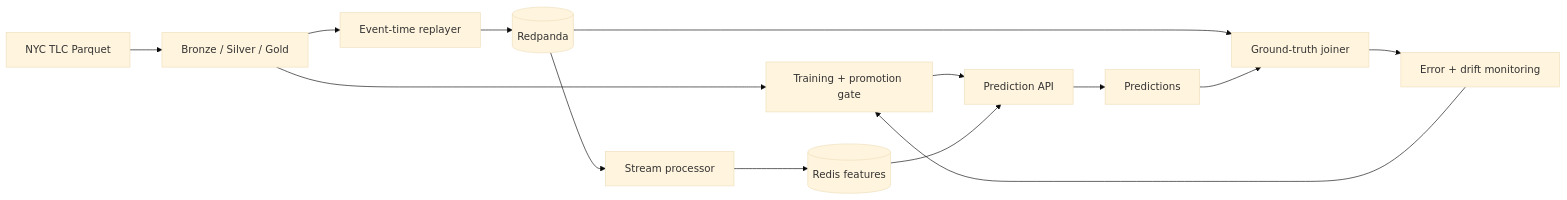
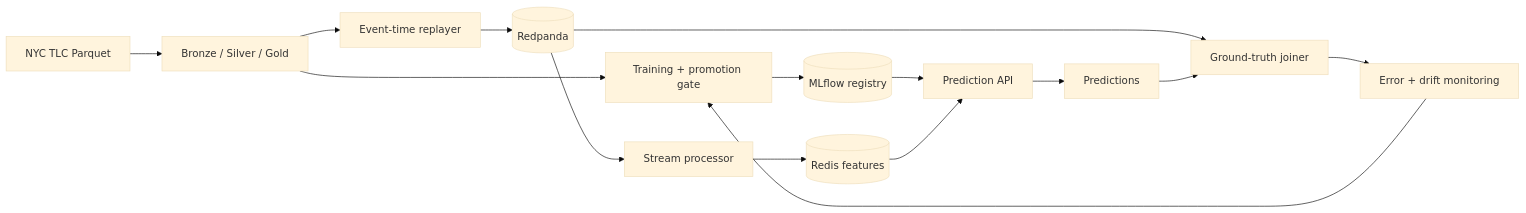
One commit to FlashPD/realtime-ml-platform changed the diagram in README.md. Above: the diagram before and after it, drawn with Mermaid (base theme). The commit also changed other lines of this file and 23 other files, not shown here.

Commit message:
add guarded MLflow registry workflow

````diff
--- a/README.md
+++ b/README.md
@@ -16,16 +17,17 @@
 ```mermaid
 flowchart LR
     TLC[NYC TLC Parquet] --> B[Bronze / Silver / Gold]
     B --> TRAIN[Training + promotion gate]
-    TRAIN --> API[Prediction API]
+    TRAIN --> REG[(MLflow registry)]
+    REG --> API[Prediction API]
     B --> REPLAY[Event-time replayer]
     REPLAY --> BROKER[(Redpanda)]
     BROKER --> STREAM[Stream processor]
     STREAM --> REDIS[(Redis features)]
     REDIS --> API
     API --> PRED[Predictions]
     BROKER --> JOIN[Ground-truth joiner]
     PRED --> JOIN
     JOIN --> MONITOR[Error + drift monitoring]
     MONITOR --> TRAIN
 ```
````
